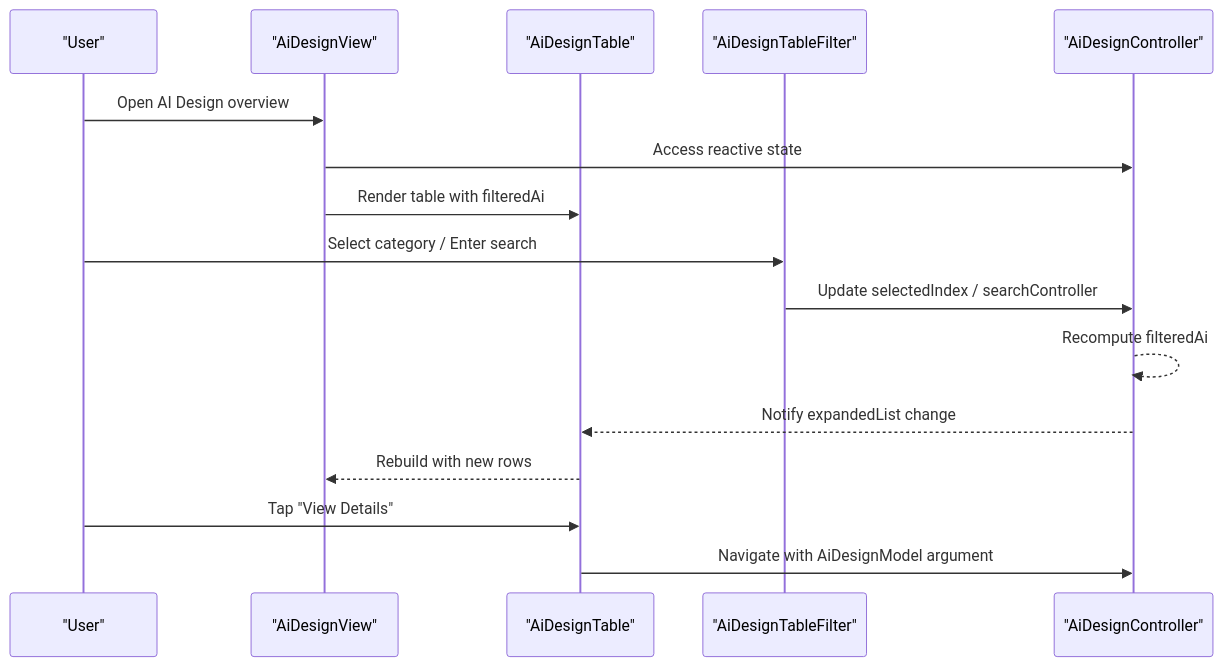
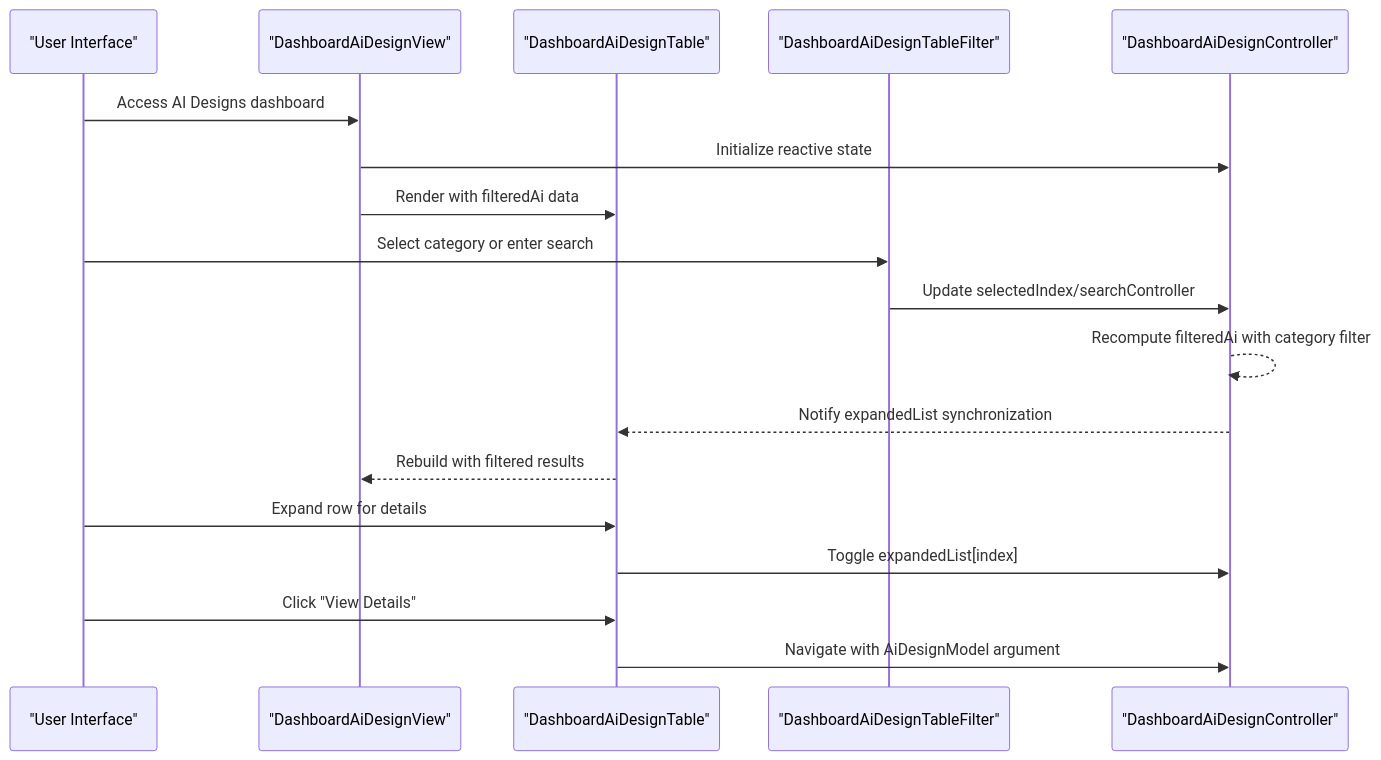
Before and after one commit to Ariful3111/FurniGo: the second of 4 diagrams in .qoder/repowiki/en/content/Core Features/AI Design Services/AI Design Overview.md, drawn with Mermaid. The commit also changed other lines of this file and 67 other files, not shown here.

````diff
--- a/.qoder/repowiki/en/content/Core Features/AI Design Services/AI Design Overview.md
+++ b/.qoder/repowiki/en/content/Core Features/AI Design Services/AI Design Overview.md
@@ -112,18 +145,20 @@
 ```mermaid
 sequenceDiagram
-participant User as "User"
-participant View as "AiDesignView"
-participant Table as "AiDesignTable"
-participant Filter as "AiDesignTableFilter"
-participant Controller as "AiDesignController"
-User->>View : Open AI Design overview
-View->>Controller : Access reactive state
-View->>Table : Render table with filteredAi
-User->>Filter : Select category / Enter search
-Filter->>Controller : Update selectedIndex / searchController
-Controller-->>Controller : Recompute filteredAi
-Controller-->>Table : Notify expandedList change
-Table-->>View : Rebuild with new rows
-User->>Table : Tap "View Details"
+participant User as "User Interface"
+participant View as "DashboardAiDesignView"
+participant Table as "DashboardAiDesignTable"
+participant Filter as "DashboardAiDesignTableFilter"
+participant Controller as "DashboardAiDesignController"
+User->>View : Access AI Designs dashboard
+View->>Controller : Initialize reactive state
+View->>Table : Render with filteredAi data
+User->>Filter : Select category or enter search
+Filter->>Controller : Update selectedIndex/searchController
+Controller-->>Controller : Recompute filteredAi with category filter
+Controller-->>Table : Notify expandedList synchronization
+Table-->>View : Rebuild with filtered results
+User->>Table : Expand row for details
+Table->>Controller : Toggle expandedList[index]
+User->>Table : Click "View Details"
 Table->>Controller : Navigate with AiDesignModel argument
 ```
````
